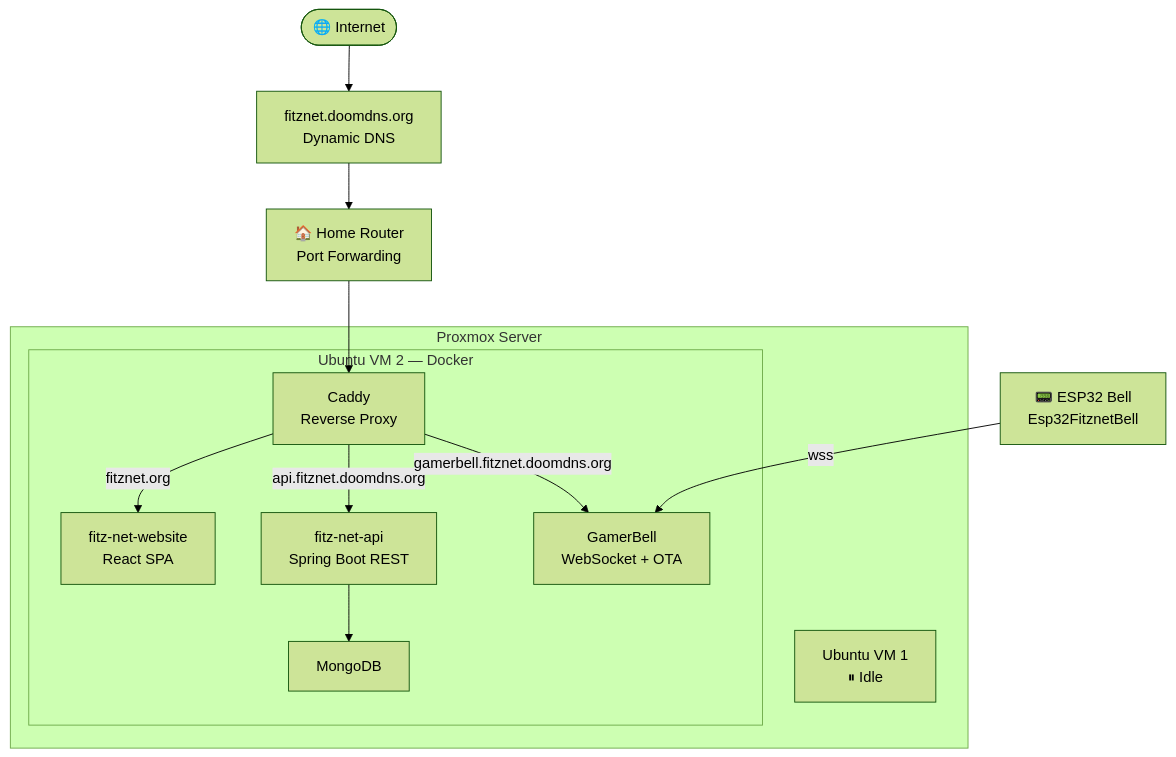
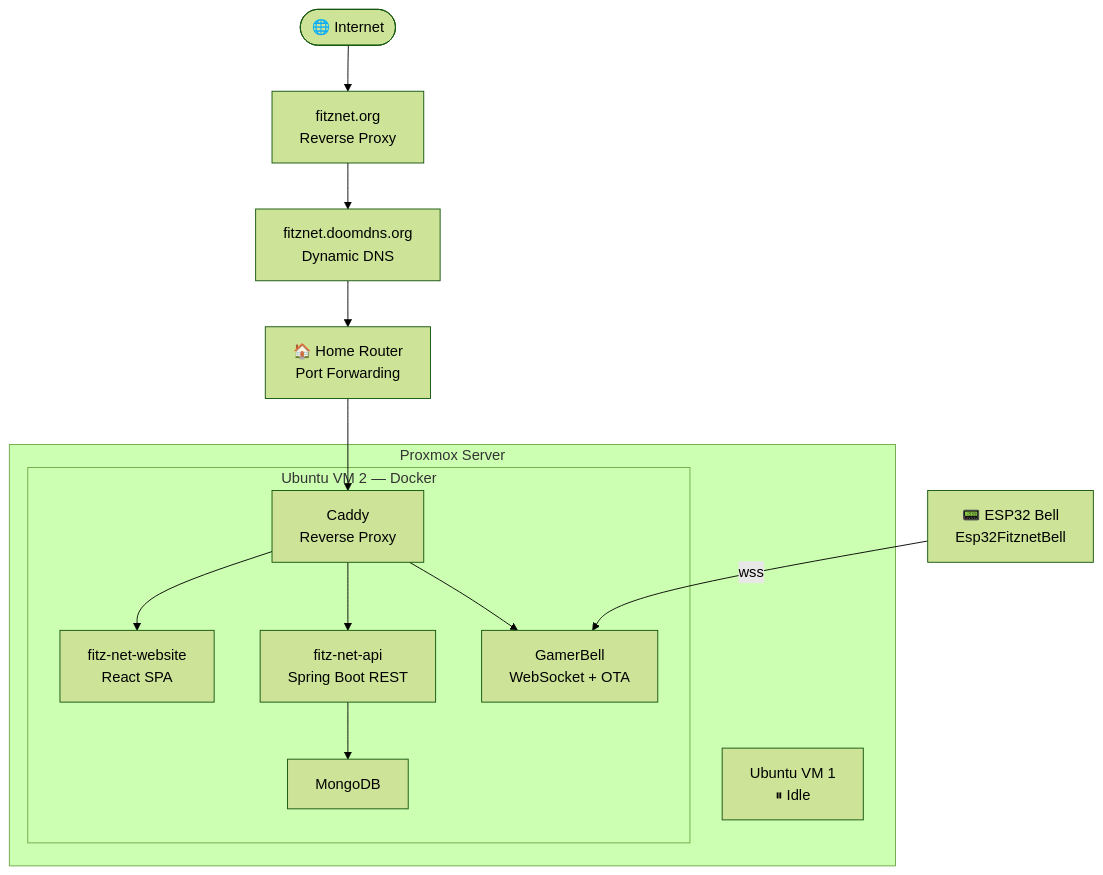
Before and after one commit to mattlol85/Fitz-Net: the first of 2 diagrams in README.md, drawn with Mermaid (forest theme). The commit also changed other lines of this file, not shown here.

Commit message:
docs(readme): add fitznet.org reverse proxy layer to infrastructure diagram

````diff
--- a/README.md
+++ b/README.md
@@ -81,27 +81,28 @@
 ```mermaid
 graph TD
     Internet(["🌐 Internet"])
+    FitznetOrg["fitznet.org\nReverse Proxy"]
     DNS["fitznet.doomdns.org\nDynamic DNS"]
     Router["🏠 Home Router\nPort Forwarding"]
 
     subgraph Proxmox["Proxmox Server"]
         VM1["Ubuntu VM 1\n⏸ Idle"]
 
         subgraph VM2["Ubuntu VM 2 — Docker"]
             Caddy["Caddy\nReverse Proxy"]
             Website["fitz-net-website\nReact SPA"]
             API["fitz-net-api\nSpring Boot REST"]
             Bell["GamerBell\nWebSocket + OTA"]
             Mongo["MongoDB"]
         end
     end
 
     ESP32["📟 ESP32 Bell\nEsp32FitznetBell"]
 
-    Internet --> DNS --> Router --> Caddy
-    Caddy -->|"fitznet.org"| Website
-    Caddy -->|"api.fitznet.doomdns.org"| API
-    Caddy -->|"gamerbell.fitznet.doomdns.org"| Bell
+    Internet --> FitznetOrg --> DNS --> Router --> Caddy
+    Caddy --> Website
+    Caddy --> API
+    Caddy --> Bell
     API --> Mongo
     ESP32 -->|"wss"| Bell
 ```
````
